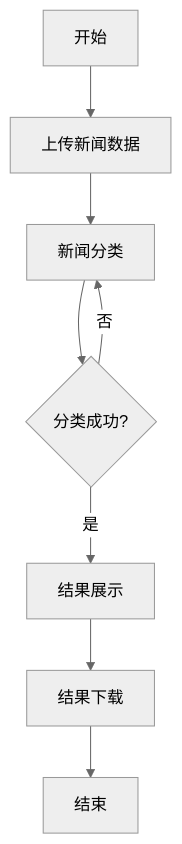
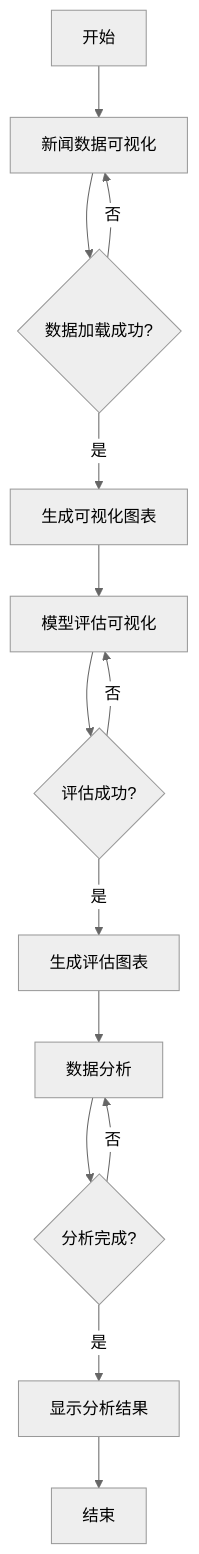
One commit to zizairufeng/iodraw-files changed the diagram in all/未命名.md. Above: the diagram before and after it, drawn with Mermaid (neutral theme).

Commit message:
2025-03-23 17:57:50 update

````diff
--- a/all/未命名.md
+++ b/all/未命名.md
@@ -1,10 +1,16 @@
 ```mermaid
 graph TD
-    Start[开始] --> A[上传新闻数据]
-    A --> B[新闻分类]
-    B --> C{分类成功?}
-    C -->|是| D[结果展示]
-    C -->|否| B
-    D --> E[结果下载]
-    E --> End[结束]
+    Start[开始] --> A[新闻数据可视化]
+    A --> B{数据加载成功?}
+    B -->|是| C[生成可视化图表]
+    B -->|否| A
+    C --> D[模型评估可视化]
+    D --> E{评估成功?}
+    E -->|是| F[生成评估图表]
+    E -->|否| D
+    F --> G[数据分析]
+    G --> H{分析完成?}
+    H -->|是| I[显示分析结果]
+    H -->|否| G
+    I --> End[结束]
 ```
````
